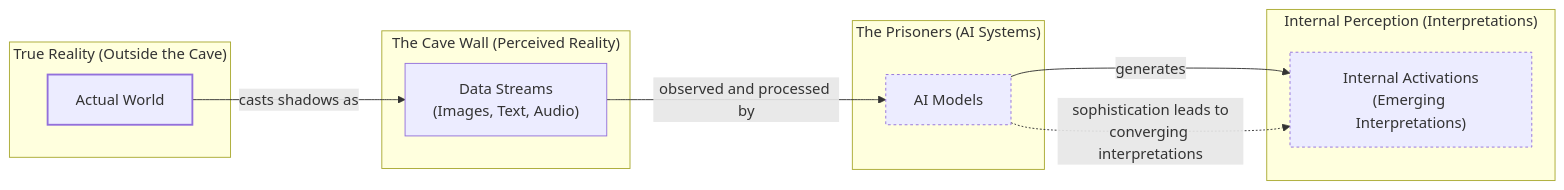
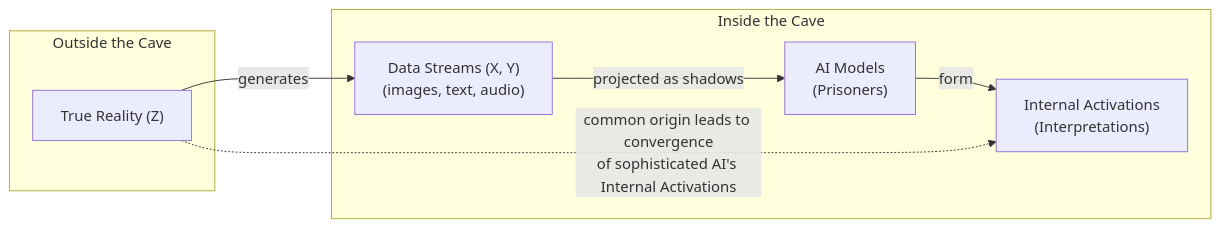
One commit to YMaXing/Research-Agent-reinforced-by-RL changed the fifth of 5 diagrams in RL_researcher_writer_ymaxing/rl_training_data/oracle_review/Distinct_AI_Models.md. Above: the diagram before and after it, drawn with Mermaid. The commit also changed other lines of this file and 1047 other files, not shown here.

````diff
--- a/RL_researcher_writer_ymaxing/rl_training_data/oracle_review/Distinct_AI_Models.md
+++ b/RL_researcher_writer_ymaxing/rl_training_data/oracle_review/Distinct_AI_Models.md
@@ -646,32 +749,22 @@
 ```mermaid
 flowchart LR
-  %% Plato's Cave Allegory for AI
-
-  subgraph "True Reality (Outside the Cave)"
-    A["Actual World"]
+  %% Outside the Cave
+  subgraph "Outside the Cave"
+    TR["True Reality (Z)"]
   end
 
-  subgraph "The Cave Wall (Perceived Reality)"
-    B["Data Streams<br/>(Images, Text, Audio)"]
+  %% Inside the Cave
+  subgraph "Inside the Cave"
+    DS["Data Streams (X, Y)<br/>(images, text, audio)"]
+    AIM["AI Models<br/>(Prisoners)"]
+    IA["Internal Activations<br/>(Interpretations)"]
   end
 
-  subgraph "The Prisoners (AI Systems)"
-    C["AI Models"]
-  end
+  %% Primary data flows
+  TR -- "generates" --> DS
+  DS -- "projected as shadows" --> AIM
+  AIM -- "form" --> IA
 
-  subgraph "Internal Perception (Interpretations)"
-    D["Internal Activations<br/>(Emerging Interpretations)"]
-  end
-
-  A -- "casts shadows as" --> B
-  B -- "observed and processed by" --> C
-  C -- "generates" --> D
-
-  %% Hypothesis: Convergence of interpretations
-  C -. "sophistication leads to<br/>converging interpretations" .-> D
-
-  classDef reality stroke-width:2px
-  classDef perception stroke-dasharray:3,3
-  class A reality
-  class C,D perception
+  %% Conceptual relationship for convergence
+  TR -. "common origin leads to convergence<br/>of sophisticated AI's Internal Activations" .-> IA
 ```
````
